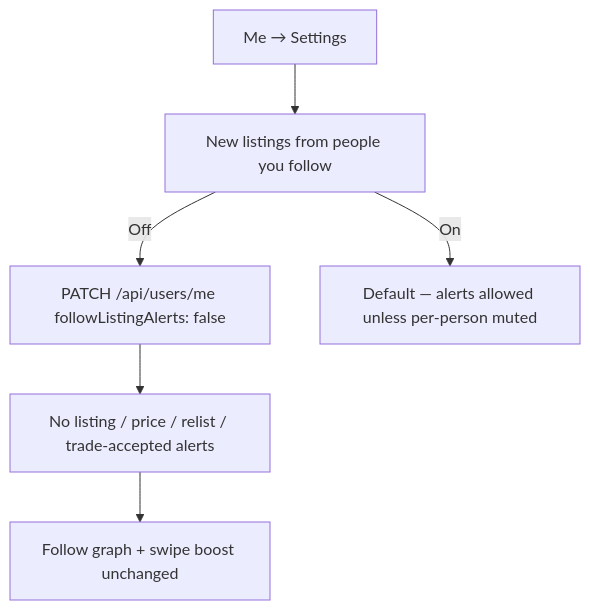
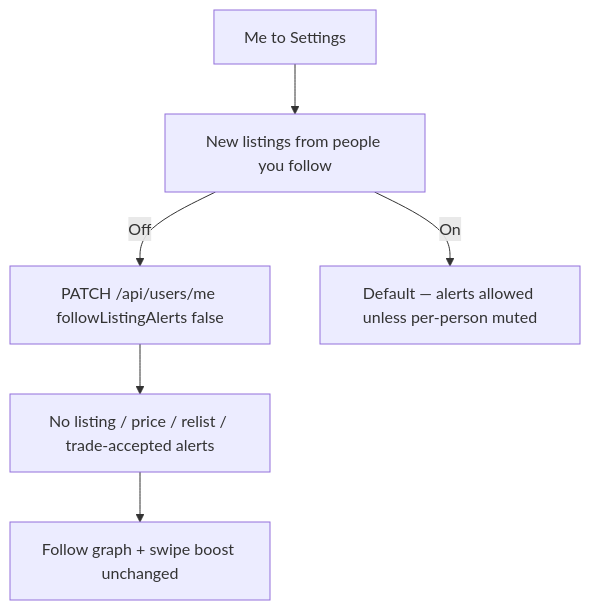
One commit to barterinfo/swaphaven-backend changed the seventh of 13 diagrams in docs/FOLLOW_FEATURE.md. Above: the diagram before and after it, drawn with Mermaid. The commit also changed other lines of this file and 2 other files, not shown here.

````diff
--- a/docs/FOLLOW_FEATURE.md
+++ b/docs/FOLLOW_FEATURE.md
@@ -235,8 +258,8 @@
 ```mermaid
 flowchart TD
-  A[Me → Settings] --> B["New listings from people you follow"]
-  B -->|Off| C[PATCH /api/users/me followListingAlerts: false]
+  A[Me to Settings] --> B["New listings from people you follow"]
+  B -->|Off| C["PATCH /api/users/me followListingAlerts false"]
   C --> D[No listing / price / relist / trade-accepted alerts]
   D --> E[Follow graph + swipe boost unchanged]
   B -->|On| F[Default — alerts allowed unless per-person muted]
 ```
````
